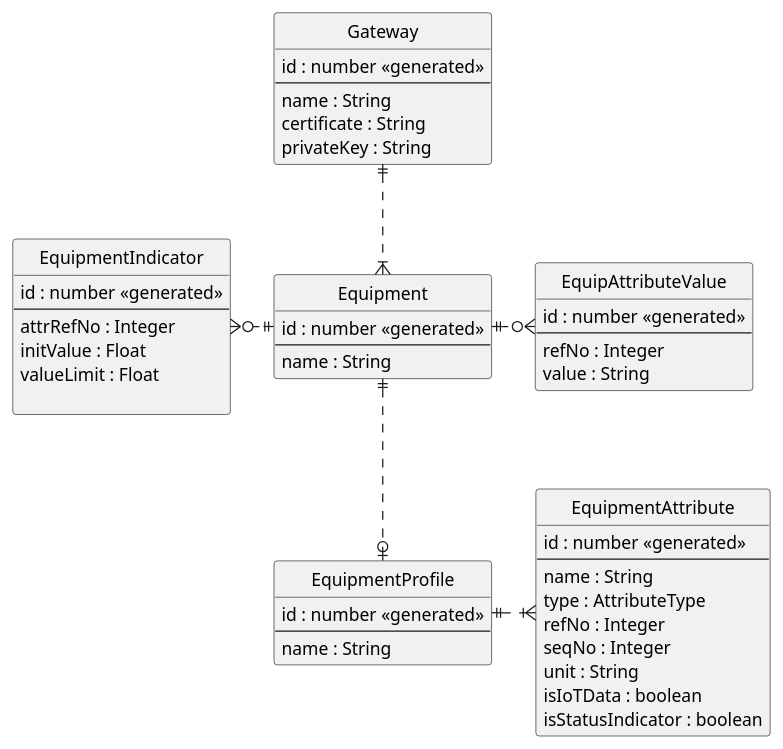
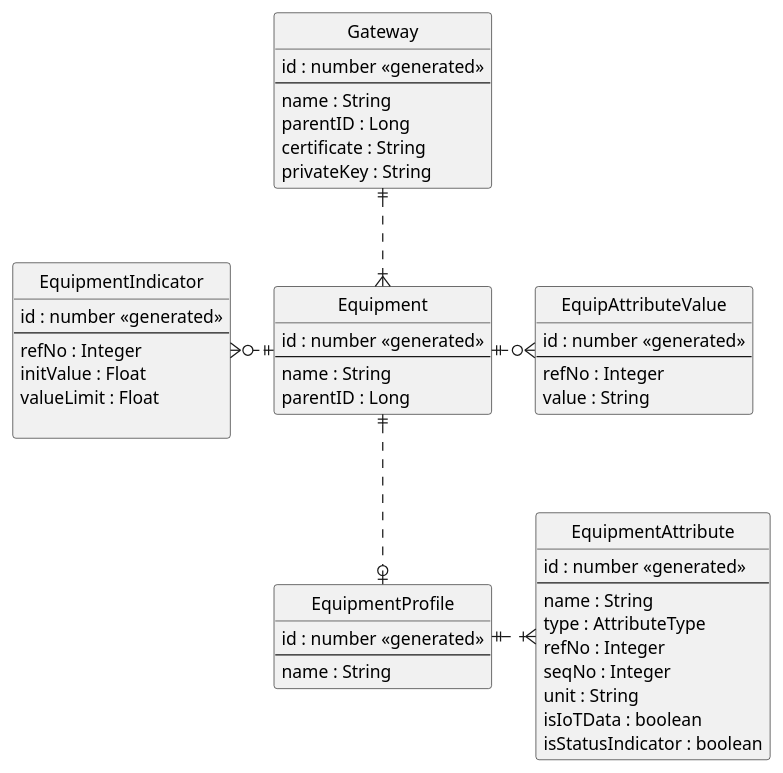
The diagram in uml/SOM-8-erd.puml (ubuntu11/learning-practice), drawn with PlantUML before and after one commit. The commit also changed 1 other file, not shown here.

Commit message:
draw class diagram for SOM-99

```diff
--- a/uml/SOM-8-erd.puml
+++ b/uml/SOM-8-erd.puml
@@ -1,63 +1,65 @@
 @startuml
 
 ' hide the spot
 hide circle
 
 ' avoid problems with angled crows feet
 skinparam linetype ortho
 
 entity "Gateway" as e01 {
   id : number <<generated>>
   --
   name : String
+  parentID : Long
   certificate : String
   privateKey : String
 }
 
 entity "Equipment" as e02 {
   id : number <<generated>>
   --
   name : String
+  parentID : Long
 }
 
 entity "EquipmentProfile" as e03 {
   id : number <<generated>>
   --
   name : String
 }
 
 entity "EquipAttributeValue" as e04 {
   id : number <<generated>>
   --
   refNo : Integer
   value : String
 }
 
 entity "EquipmentAttribute" as e05 {
   id : number <<generated>>
   --
   name : String
   type : AttributeType
   refNo : Integer
   seqNo : Integer
   unit : String
   isIoTData : boolean
   isStatusIndicator : boolean
 }
 
 entity "EquipmentIndicator"  as e06 {
   id : number <<generated>>
   --
-  attrRefNo : Integer
+  refNo : Integer
   initValue : Float
   valueLimit : Float
 
 }
 
 e01 ||..|{ e02
 e02 ||..o| e03
 e02 ||.r.o{ e04
 e02 ||.l.o{ e06
 e03 ||.r.|{ e05
 
 @enduml
```
